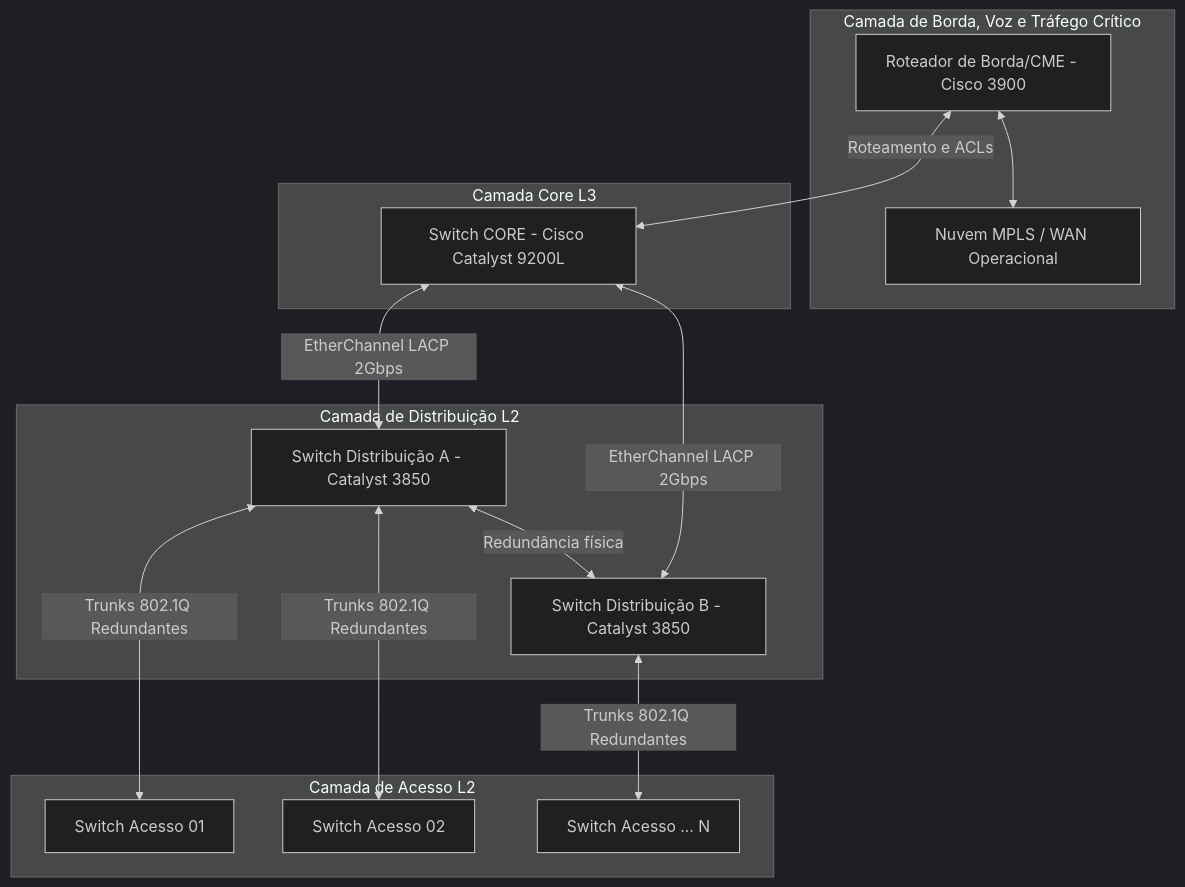
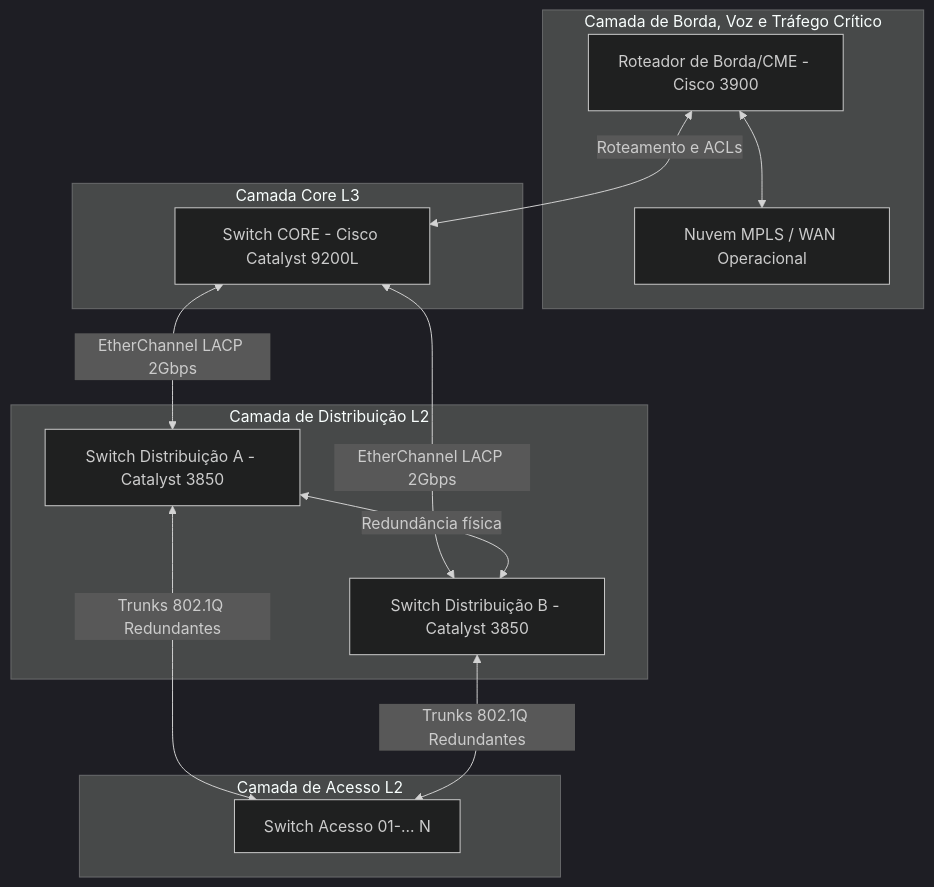
Before and after one commit to eliezer-pires/InfrastructureTImigration-and-Improve: the diagram in cisco-ios-configs/README.md, drawn with Mermaid (dark theme). The commit also changed other lines of this file, not shown here.

Commit message:
upd(docs):atualizando readmes

````diff
--- a/cisco-ios-configs/README.md
+++ b/cisco-ios-configs/README.md
@@ -13,31 +14,27 @@
 ```mermaid
 graph TD
     subgraph Borda_e_WAN ["Camada de Borda, Voz e Tráfego Crítico"]
-        CME[Roteador de Borda/CME - Cisco 3900]
+        CME200[Roteador de Borda/CME - Cisco 3900]
         MPLS[Nuvem MPLS / WAN Operacional]
-        CME <--> MPLS
+        CME200 <--> MPLS
     end
 
     subgraph Core_da_Rede ["Camada Core L3"]
-        CORE[Switch CORE - Cisco Catalyst 9200L]
-        CME <--> |Roteamento e ACLs| CORE
+        CORE199[Switch CORE - Cisco Catalyst 9200L]
+        CME200 <--> |Roteamento e ACLs| CORE199
     end
 
     subgraph Distribuicao ["Camada de Distribuição L2"]
-        SW_DIST1[Switch Distribuição A - Catalyst 3850]
-        SW_DIST2[Switch Distribuição B - Catalyst 3850]
-        CORE <--> |EtherChannel LACP 2Gbps| SW_DIST1
-        CORE <--> |EtherChannel LACP 2Gbps| SW_DIST2
-        SW_DIST1 <--> |Redundância física| SW_DIST2
+        SW151[Switch Distribuição A - Catalyst 3850]
+        SW221[Switch Distribuição B - Catalyst 3850]
+        CORE199 <--> |EtherChannel LACP 2Gbps| SW151
+        CORE199 <--> |EtherChannel LACP 2Gbps| SW221
+        SW151 <--> |Redundância física| SW221
     end
 
     subgraph Acesso ["Camada de Acesso L2"]
-        SW_ACC1[Switch Acesso 01]
-        SW_ACC2[Switch Acesso 02]
-        SW_ACC3[Switch Acesso ... N]
-        
-        SW_DIST1 <--> |Trunks 802.1Q Redundantes| SW_ACC1
-        SW_DIST1 <--> |Trunks 802.1Q Redundantes| SW_ACC2
-        SW_DIST2 <--> |Trunks 802.1Q Redundantes| SW_ACC3
+        SW203_218[Switch Acesso 01-... N]
+        SW151 <--> |Trunks 802.1Q Redundantes| SW203_218
+        SW221 <--> |Trunks 802.1Q Redundantes| SW203_218
     end
 ```
````
